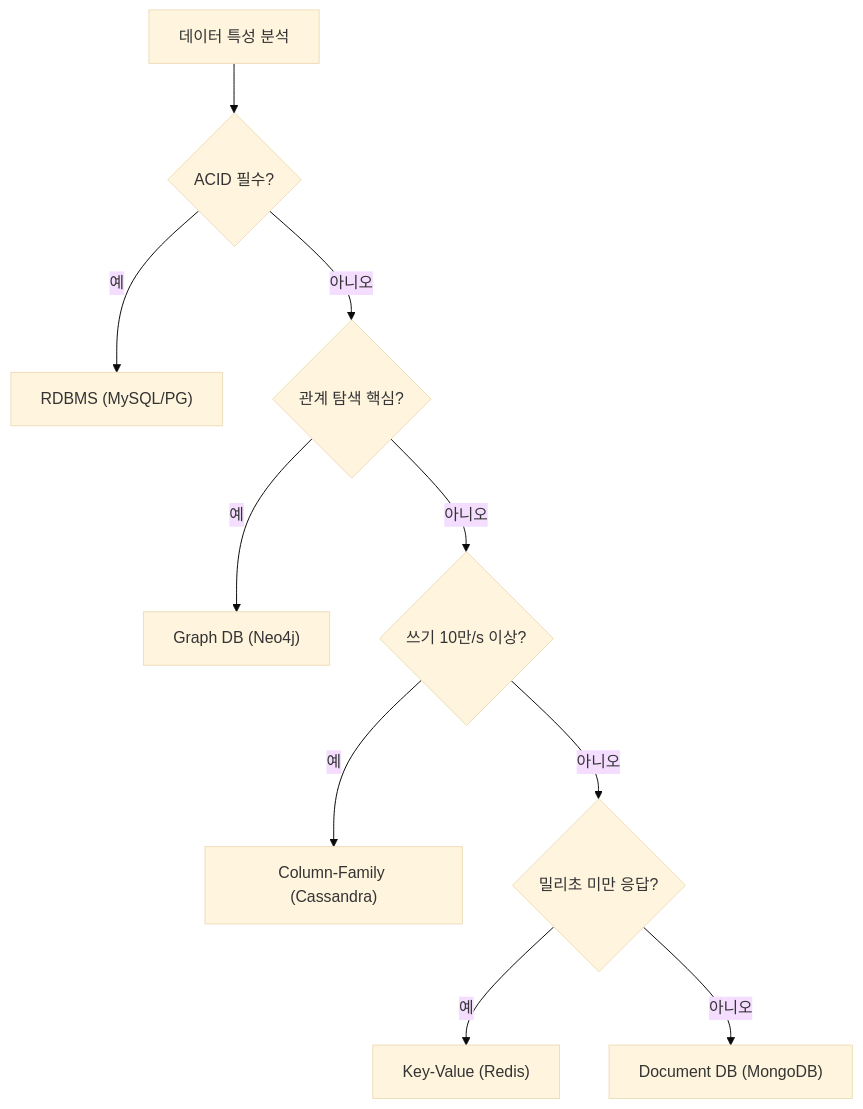
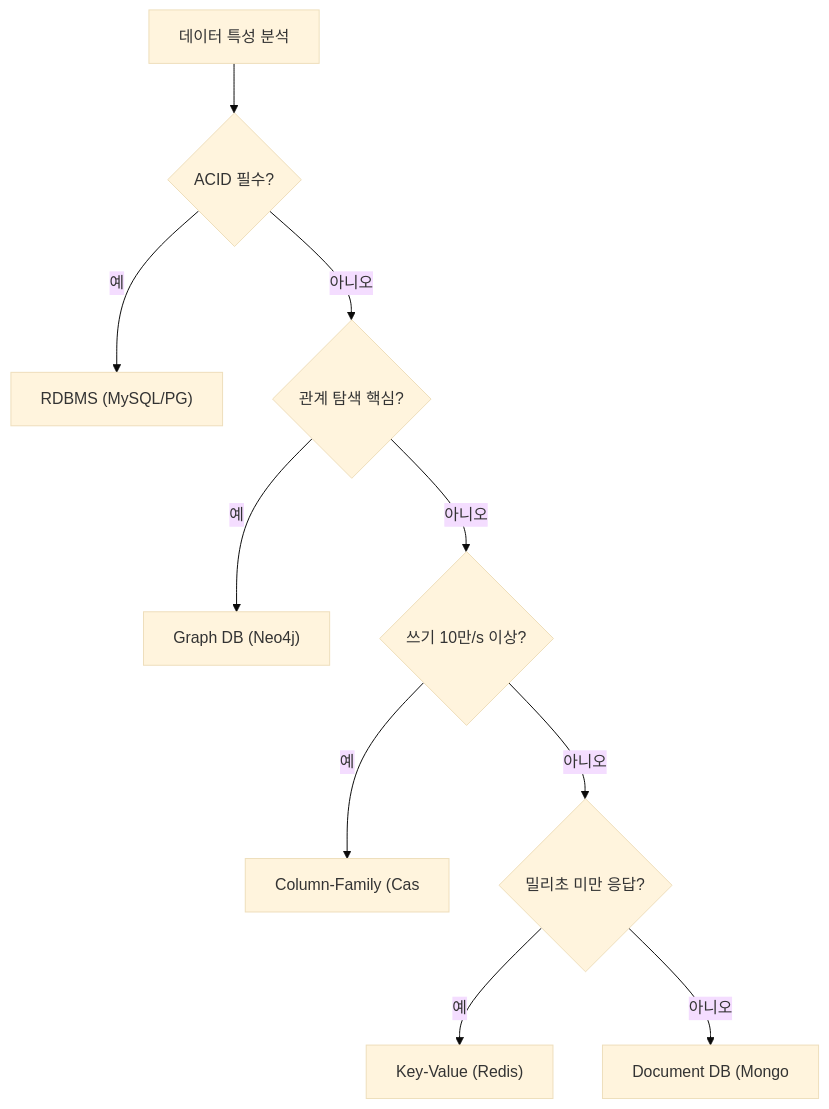
The fifth of 7 diagrams in _posts/nosql/2026-05-03-nosql-comparison.md (yjkim2015/yjkim2015.github.io), drawn with Mermaid (base theme) before and after one commit. The commit also changed other lines of this file and 271 other files, not shown here.

First line of the commit message:
Mermaid 라벨 축소: 긴 노드 텍스트 18자 이하로 트림 + \n 제거

````diff
--- a/_posts/nosql/2026-05-03-nosql-comparison.md
+++ b/_posts/nosql/2026-05-03-nosql-comparison.md
@@ -219,12 +219,12 @@
 ```mermaid
 flowchart TD
     START["데이터 특성 분석"] --> Q1{"ACID 필수?"}
     Q1 -- 예 --> RDBMS["RDBMS (MySQL/PG)"]
     Q1 -- 아니오 --> Q2{"관계 탐색 핵심?"}
     Q2 -- 예 --> GRAPH["Graph DB (Neo4j)"]
     Q2 -- 아니오 --> Q3{"쓰기 10만/s 이상?"}
-    Q3 -- 예 --> COLUMN["Column-Family (Cassandra)"]
+    Q3 -- 예 --> COLUMN["Column-Family (Cas"]
     Q3 -- 아니오 --> Q4{"밀리초 미만 응답?"}
     Q4 -- 예 --> KV["Key-Value (Redis)"]
-    Q4 -- 아니오 --> DOC["Document DB (MongoDB)"]
+    Q4 -- 아니오 --> DOC["Document DB (Mongo"]
 ```
````
